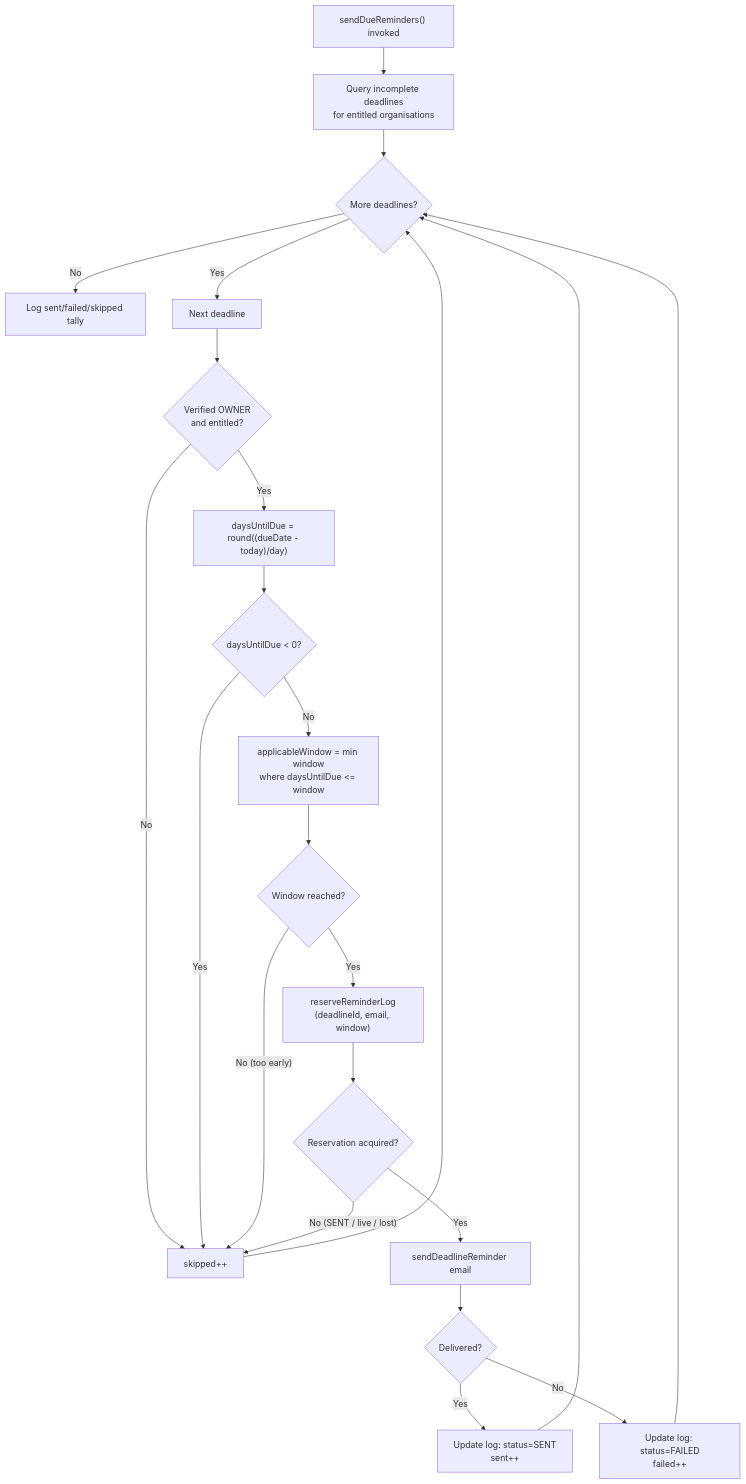
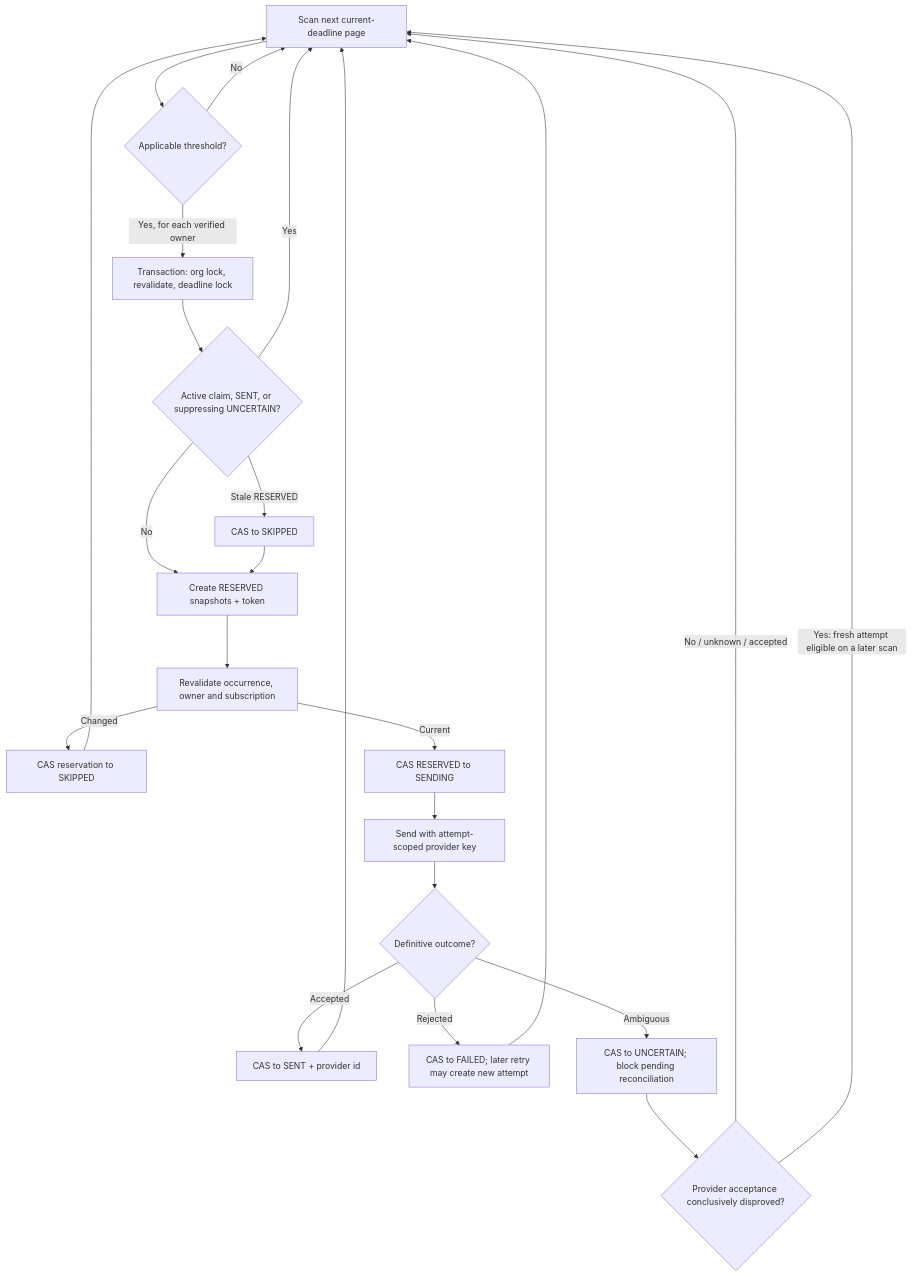
The diagram in docs/architecture/07-reminder-scheduler.md (jasperfordesq-ai/charity-governance), drawn with Mermaid before and after one commit. The commit also changed other lines of this file and 118 other files, not shown here.

Commit message:
feat: harden deadline calendar and reminders

````diff
--- a/docs/architecture/07-reminder-scheduler.md
+++ b/docs/architecture/07-reminder-scheduler.md
@@ -153,25 +330,25 @@
 ```mermaid
 flowchart TD
-  A["sendDueReminders() invoked"] --> B["Query incomplete deadlines<br/>for entitled organisations"]
-  B --> C{"More deadlines?"}
-  C -- "No" --> Z["Log sent/failed/skipped tally"]
-  C -- "Yes" --> D["Next deadline"]
-  D --> E{"Verified OWNER<br/>and entitled?"}
-  E -- "No" --> S["skipped++"]
-  E -- "Yes" --> F["daysUntilDue = round((dueDate - today)/day)"]
-  F --> G{"daysUntilDue < 0?"}
-  G -- "Yes" --> S
-  G -- "No" --> H["applicableWindow = min window<br/>where daysUntilDue <= window"]
-  H --> I{"Window reached?"}
-  I -- "No (too early)" --> S
-  I -- "Yes" --> J["reserveReminderLog<br/>(deadlineId, email, window)"]
-  J --> K{"Reservation acquired?"}
-  K -- "No (SENT / live / lost)" --> S
-  K -- "Yes" --> L["sendDeadlineReminder email"]
-  L --> M{"Delivered?"}
-  M -- "Yes" --> N["Update log: status=SENT<br/>sent++"]
-  M -- "No" --> O["Update log: status=FAILED<br/>failed++"]
-  N --> C
-  O --> C
-  S --> C
+  A["Scan next current-deadline page"] --> B{"Applicable threshold?"}
+  B -- "No" --> A
+  B -- "Yes, for each verified owner" --> C["Transaction: org lock, revalidate, deadline lock"]
+  C --> D{"Active claim, SENT, or suppressing UNCERTAIN?"}
+  D -- "Yes" --> A
+  D -- "Stale RESERVED" --> E["CAS to SKIPPED"]
+  D -- "No" --> F["Create RESERVED snapshots + token"]
+  E --> F
+  F --> G["Revalidate occurrence, owner and subscription"]
+  G -- "Changed" --> H["CAS reservation to SKIPPED"]
+  G -- "Current" --> I["CAS RESERVED to SENDING"]
+  I --> J["Send with attempt-scoped provider key"]
+  J --> K{"Definitive outcome?"}
+  K -- "Accepted" --> L["CAS to SENT + provider id"]
+  K -- "Rejected" --> M["CAS to FAILED; later retry may create new attempt"]
+  K -- "Ambiguous" --> N["CAS to UNCERTAIN; block pending reconciliation"]
+  N --> O{"Provider acceptance conclusively disproved?"}
+  O -- "No / unknown / accepted" --> A
+  O -- "Yes: fresh attempt eligible on a later scan" --> A
+  H --> A
+  L --> A
+  M --> A
 ```
````
